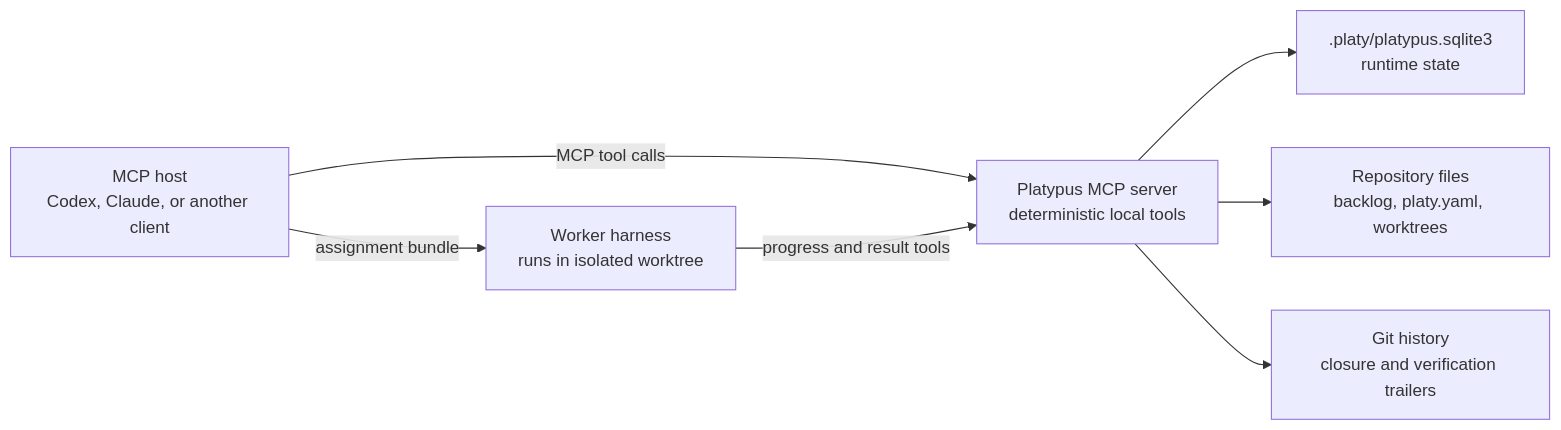
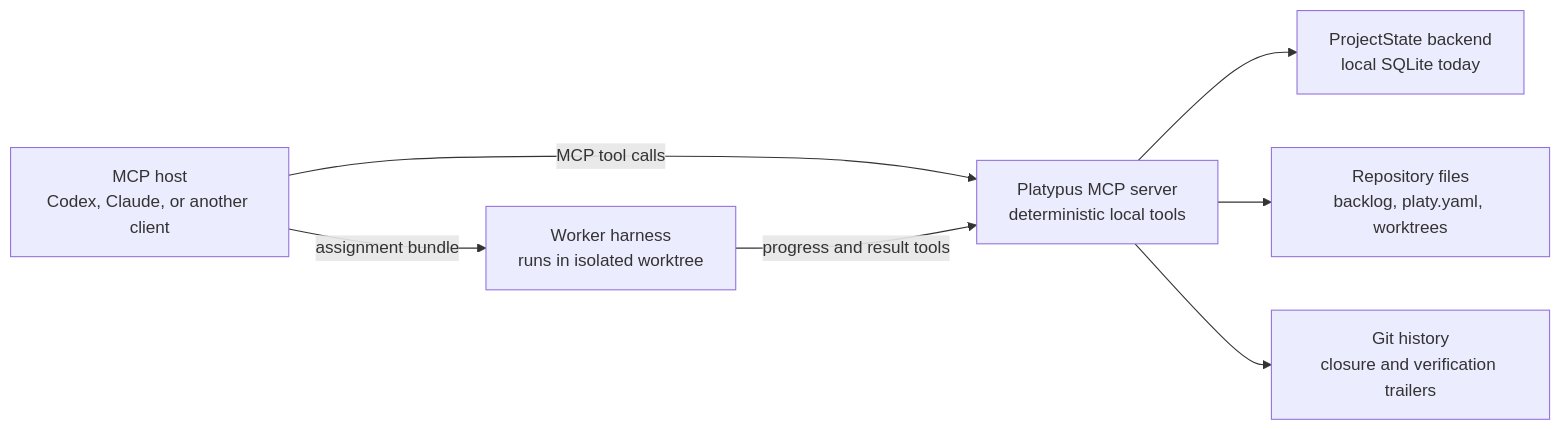
Before and after one commit to junousia/platypus-mcp: the diagram in README.md, drawn with Mermaid. The commit also changed other lines of this file and 3 other files, not shown here.

````diff
--- a/README.md
+++ b/README.md
@@ -28,16 +28,16 @@
 ```mermaid
 flowchart LR
     host["MCP host<br/>Codex, Claude, or another client"]
     mcp["Platypus MCP server<br/>deterministic local tools"]
-    state[".platy/platypus.sqlite3<br/>runtime state"]
+    state["ProjectState backend<br/>local SQLite today"]
     files["Repository files<br/>backlog, platy.yaml, worktrees"]
     git["Git history<br/>closure and verification trailers"]
     worker["Worker harness<br/>runs in isolated worktree"]
 
     host -->|MCP tool calls| mcp
     mcp --> state
     mcp --> files
     mcp --> git
     host -->|assignment bundle| worker
     worker -->|progress and result tools| mcp
 ```
````
